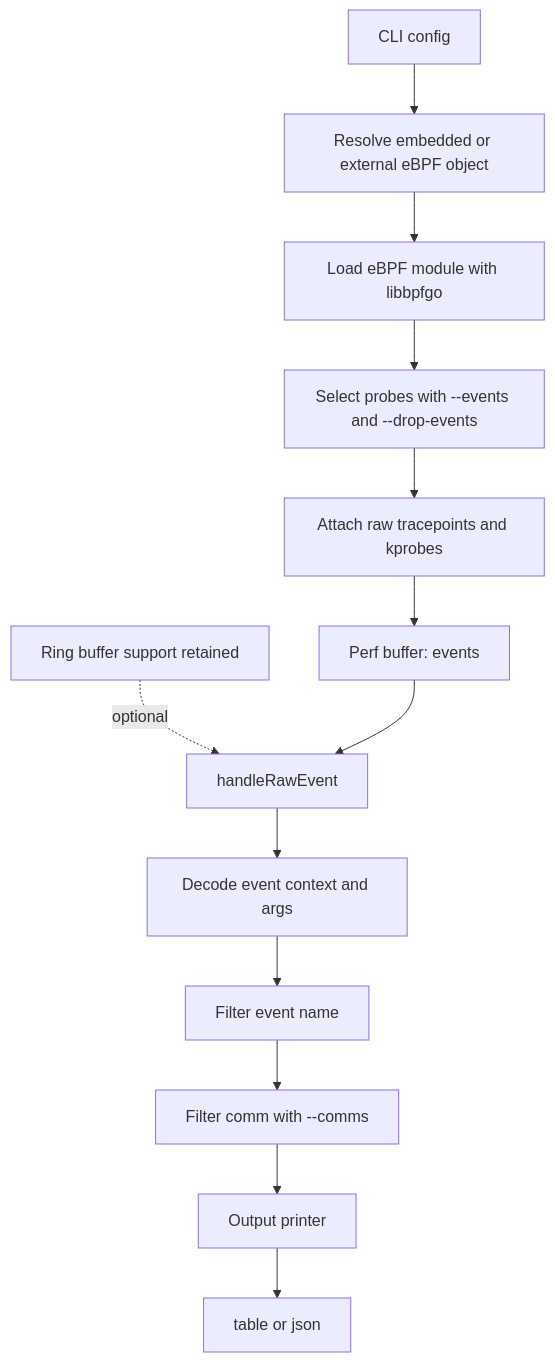
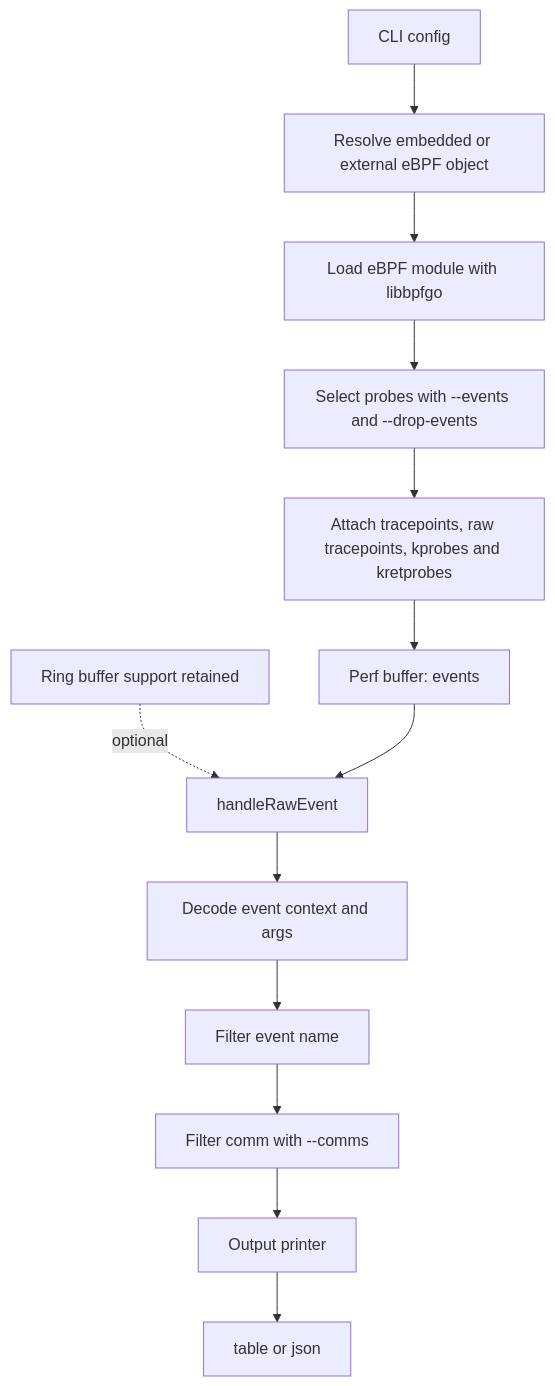
One commit to sroman0/Thesis_documentation changed the first of 3 diagrams in demo/first_demo.md. Above: the diagram before and after it, drawn with Mermaid. The commit also changed other lines of this file and 22 other files, not shown here.

````diff
--- a/demo/first_demo.md
+++ b/demo/first_demo.md
@@ -20,15 +20,15 @@
 ```mermaid
 flowchart TD
     A[CLI config] --> B[Resolve embedded or external eBPF object]
     B --> C[Load eBPF module with libbpfgo]
     C --> D[Select probes with --events and --drop-events]
-    D --> E[Attach raw tracepoints and kprobes]
+    D --> E[Attach tracepoints, raw tracepoints, kprobes and kretprobes]
     E --> F2[Perf buffer: events]
     R[Ring buffer support retained] -. optional .-> G
     F2 --> G[handleRawEvent]
     G --> H[Decode event context and args]
     H --> I[Filter event name]
     I --> J[Filter comm with --comms]
     J --> K[Output printer]
     K --> L[table or json]
 ```
````
